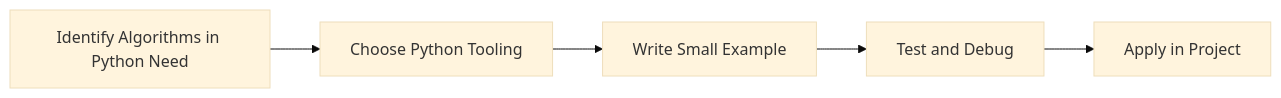
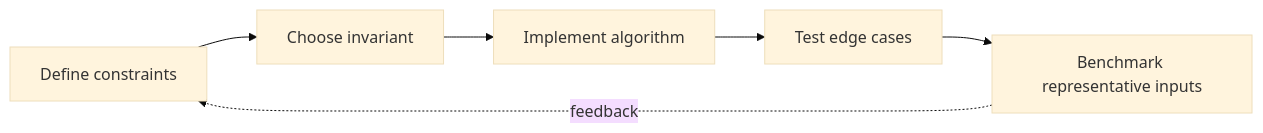
One commit to SYMOIZ/E-Learning-Portal changed the diagram in Python-Mastery/Advanced/02-algorithms-in-python.md. Above: the diagram before and after it, drawn with Mermaid (base theme). The commit also changed other lines of this file and 116 other files, not shown here.

````diff
--- a/Python-Mastery/Advanced/02-algorithms-in-python.md
+++ b/Python-Mastery/Advanced/02-algorithms-in-python.md
@@ -131,7 +170,8 @@
 ```mermaid
 flowchart LR
-    A[Identify Algorithms in Python Need] --> B[Choose Python Tooling]
-    B --> C[Write Small Example]
-    C --> D[Test and Debug]
-    D --> E[Apply in Project]
+    A[Define constraints] --> B[Choose invariant]
+    B --> C[Implement algorithm]
+    C --> D[Test edge cases]
+    D --> E[Benchmark representative inputs]
+    E -. feedback .-> A
 ```
````
